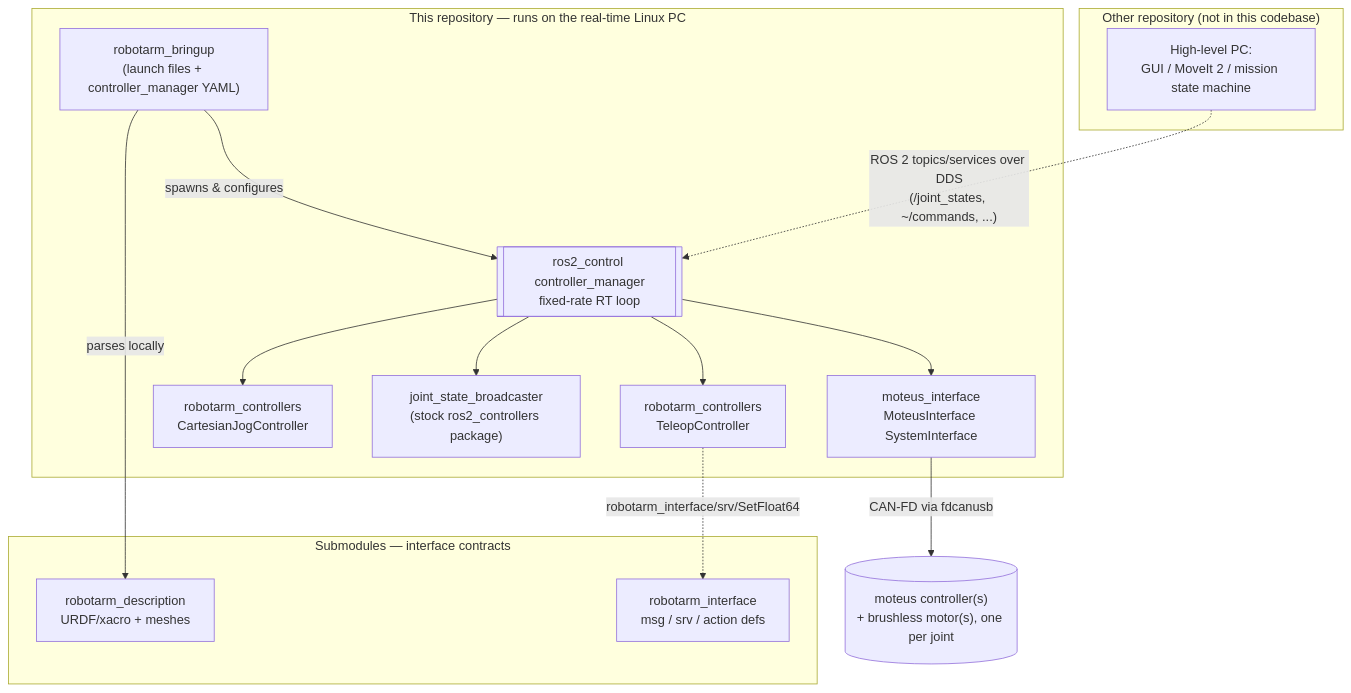
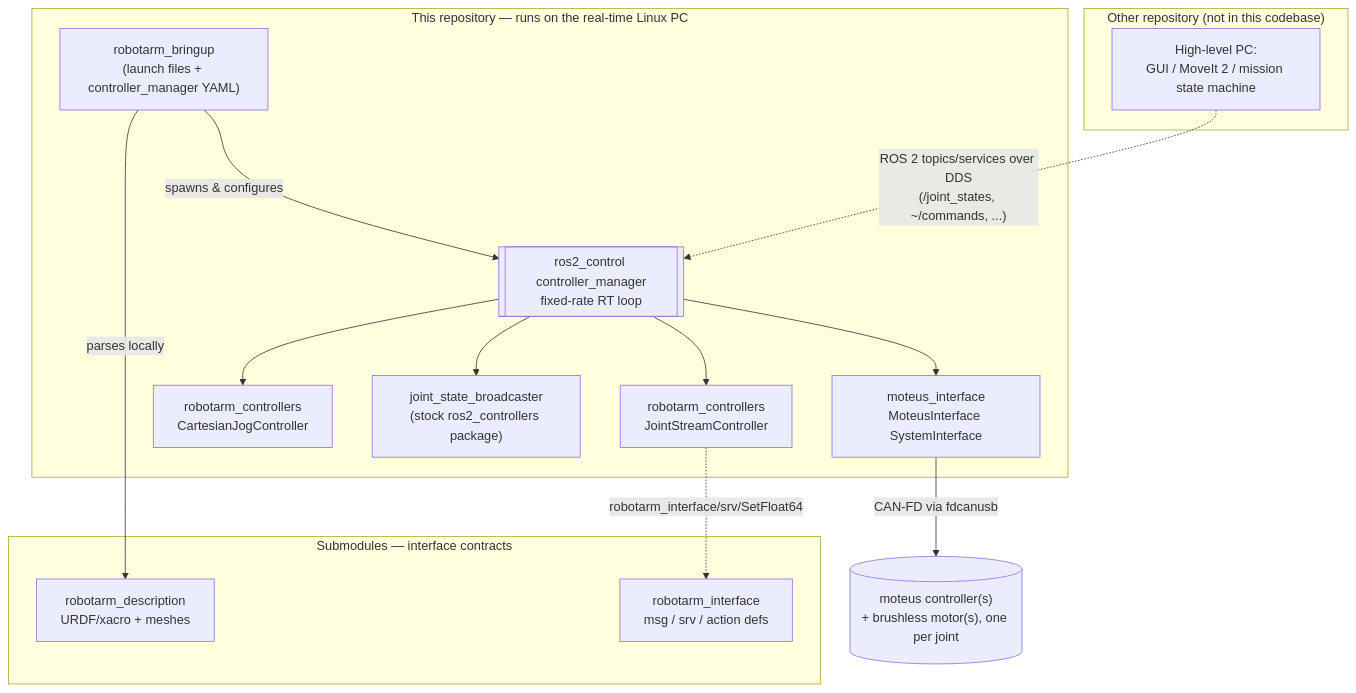
The diagram in README.md (ruben01egle/robotarm_firmware_lnx), drawn with Mermaid before and after one commit. The commit also changed other lines of this file and 12 other files, not shown here.

Commit message:
rename teleop to jointstream and add potential chainable controller feature to jointstream and cartesianjog

````diff
--- a/README.md
+++ b/README.md
@@ -55,32 +55,32 @@
 ```mermaid
 graph TD
     subgraph other["Other repository (not in this codebase)"]
         core["High-level PC:<br/>GUI / MoveIt 2 / mission state machine"]
     end
 
     subgraph repo["This repository — runs on the real-time Linux PC"]
         bringup["robotarm_bringup<br/>(launch files + controller_manager YAML)"]
         cm[["ros2_control controller_manager<br/>fixed-rate RT loop"]]
-        teleop["robotarm_controllers<br/>TeleopController"]
+        jointstream["robotarm_controllers<br/>JointStreamController"]
         cjog["robotarm_controllers<br/>CartesianJogController"]
         jsb["joint_state_broadcaster<br/>(stock ros2_controllers package)"]
         hwi["moteus_interface<br/>MoteusInterface SystemInterface"]
     end
 
     subgraph subs["Submodules — interface contracts"]
         desc["robotarm_description<br/>URDF/xacro + meshes"]
         iface["robotarm_interface<br/>msg / srv / action defs"]
     end
 
     moteus[("moteus controller(s)<br/>+ brushless motor(s), one per joint")]
 
     core -. "ROS 2 topics/services over DDS<br/>(/joint_states, ~/commands, ...)" .-> cm
     bringup -->|spawns & configures| cm
     bringup -->|parses locally| desc
-    cm --> teleop
+    cm --> jointstream
     cm --> cjog
     cm --> jsb
     cm --> hwi
-    teleop -. "robotarm_interface/srv/SetFloat64" .-> iface
+    jointstream -. "robotarm_interface/srv/SetFloat64" .-> iface
     hwi -- "CAN-FD via fdcanusb" --> moteus
 ```
````
